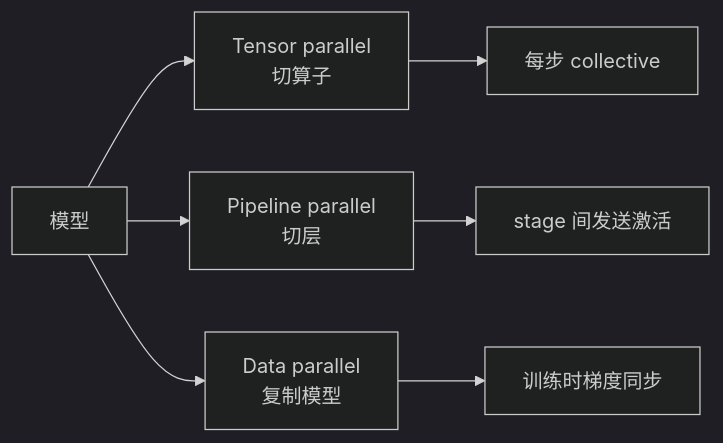
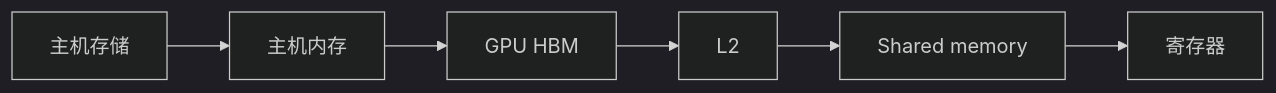
Before and after one commit to cyberspacelee/llms-from-scratch: the diagram in astro-site/src/content/lessons/ai-infra-04.mdx, drawn with Mermaid (dark theme). The commit also changed other lines of this file and 25 other files, not shown here.

````diff
--- a/astro-site/src/content/lessons/ai-infra-04.mdx
+++ b/astro-site/src/content/lessons/ai-infra-04.mdx
@@ -13,9 +13,8 @@
 ```mermaid
 flowchart LR
-  M[模型] --> TP[Tensor parallel\n切算子]
-  M --> PP[Pipeline parallel\n切层]
-  M --> DP[Data parallel\n复制模型]
-  TP --> C[每步 collective]
-  PP --> D[stage 间发送激活]
-  DP --> E[训练时梯度同步]
+  disk[主机存储] --> dram[主机内存]
+  dram --> hbm[GPU HBM]
+  hbm --> l2[L2]
+  l2 --> smem[Shared memory]
+  smem --> reg[寄存器]
 ```
````
